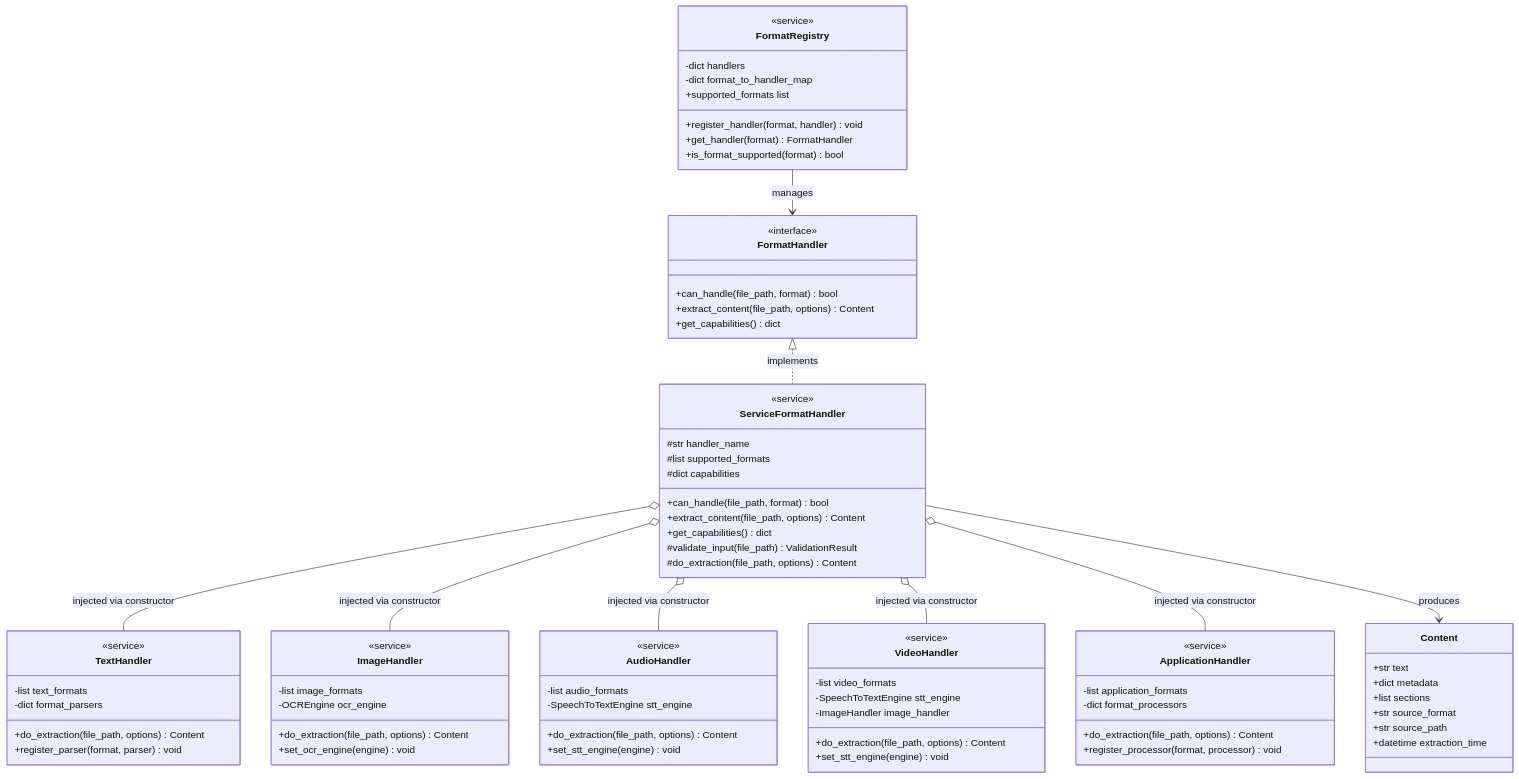
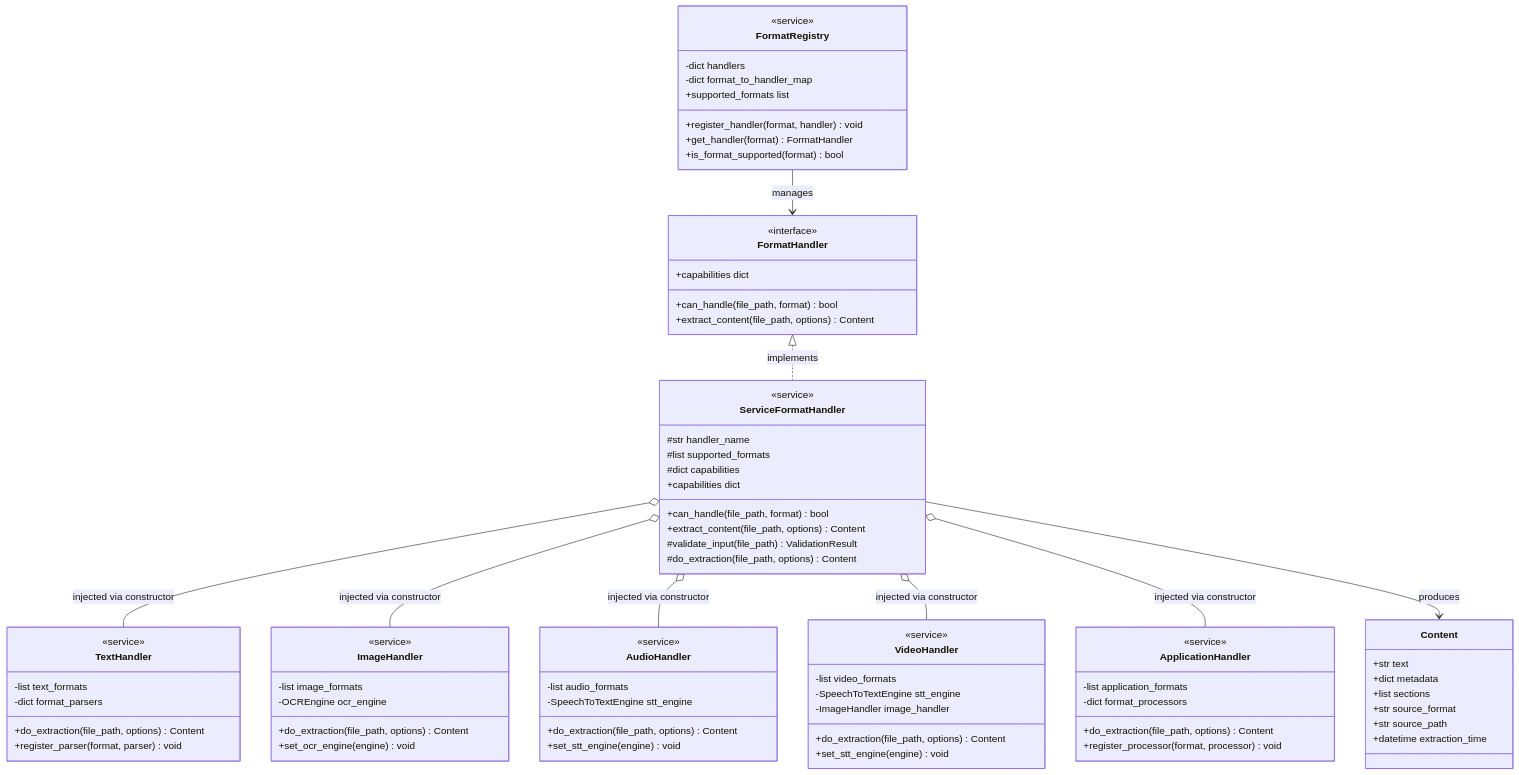
One commit to endomorphosis/omni_converter_mk2 changed the fifth of 6 diagrams in SAD.md. Above: the diagram before and after it, drawn with Mermaid. The commit also changed other lines of this file and 27 other files, not shown here.

```diff
--- a/SAD.md
+++ b/SAD.md
@@ -339,7 +339,7 @@
         <<interface>>
         +can_handle(file_path, format) bool
         +extract_content(file_path, options) Content
-        +get_capabilities() dict
+        +capabilities dict
     }
 
     class ServiceFormatHandler {
@@ -349,7 +349,7 @@
         #dict capabilities
         +can_handle(file_path, format) bool
         +extract_content(file_path, options) Content
-        +get_capabilities() dict
+        +capabilities dict
         #validate_input(file_path) ValidationResult
         #do_extraction(file_path, options) Content
     }
```
